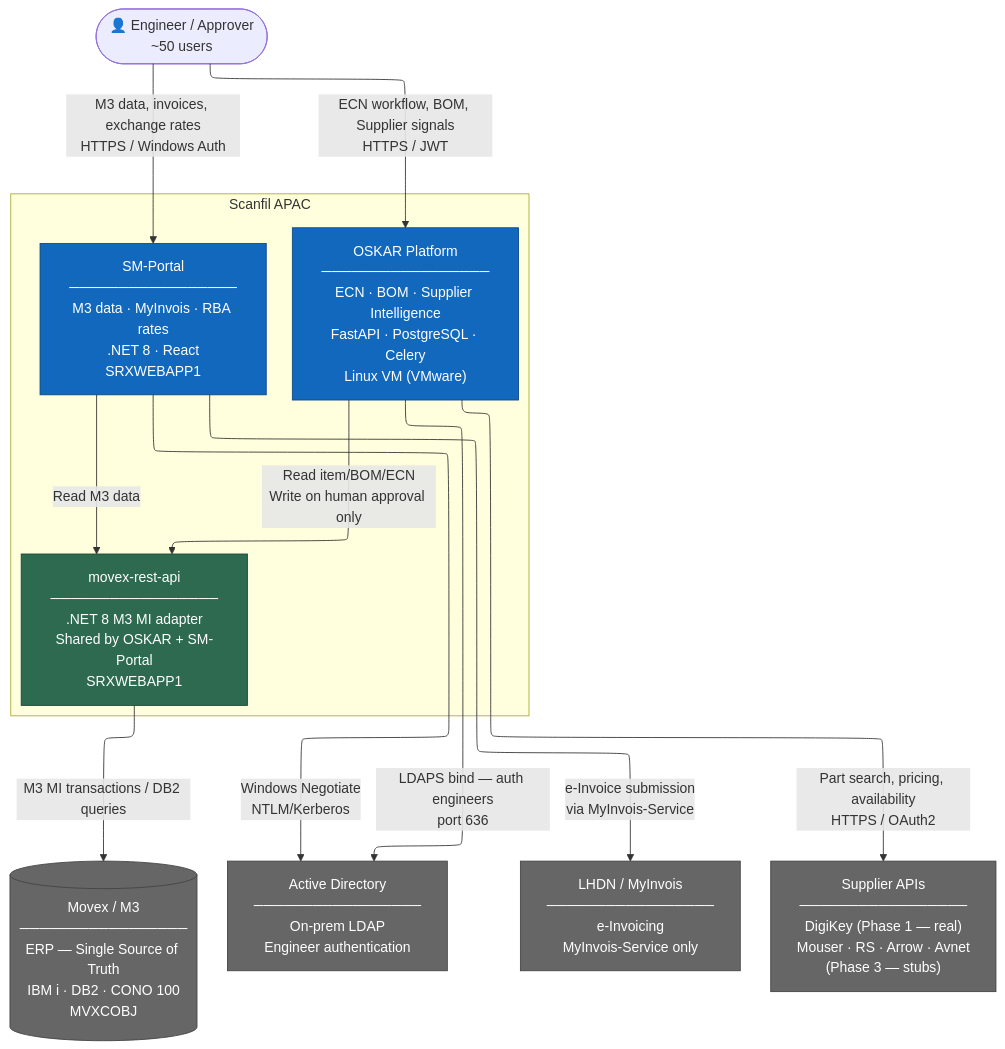
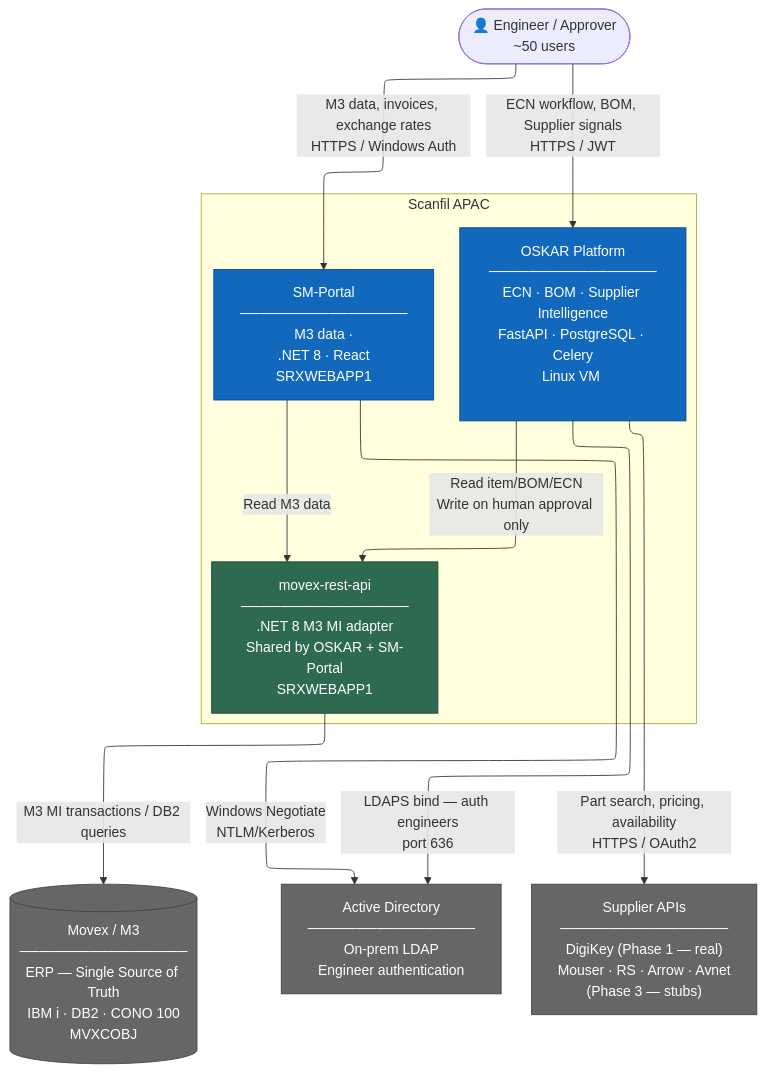
The first of 12 diagrams in ai/memory/03-oskar-architecture.md (hsalazar-srx/Oskar), drawn with Mermaid before and after one commit. The commit also changed other lines of this file and 66 other files, not shown here.

````diff
--- a/ai/memory/03-oskar-architecture.md
+++ b/ai/memory/03-oskar-architecture.md
@@ -27,39 +27,38 @@
 ```mermaid
 ---
 config:
   theme: light
   layout: elk
   look: classic
 ---
 graph TB
   classDef person    fill:#08427b,color:#fff,stroke:#052e56
   classDef system    fill:#1168bd,color:#fff,stroke:#0b4884
   classDef external  fill:#666,color:#fff,stroke:#444
   classDef shared    fill:#2d6a4f,color:#fff,stroke:#1b4332
 
   E(["👤 Engineer / Approver<br/>~50 users"])
 
   subgraph Scanfil_APAC["Scanfil APAC"]
-    OSKAR["OSKAR Platform<br/>─────────────────<br/>ECN · BOM · Supplier Intelligence<br/>FastAPI · PostgreSQL · Celery<br/>Linux VM (VMware)"]:::system
-    SMP["SM-Portal<br/>─────────────────<br/>M3 data · MyInvois · RBA rates<br/>.NET 8 · React<br/>SRXWEBAPP1"]:::system
+    OSKAR["OSKAR Platform<br/>─────────────────<br/>ECN · BOM · Supplier Intelligence<br/>FastAPI · PostgreSQL · Celery<br/>Linux VM <br/>"]:::system
+    OSKAR["OSKAR Platform<br/>─────────────────<br/>ECN · BOM · Supplier Intelligence<br/>FastAPI · PostgreSQL · Celery<br/>Linux VM <br/><br/>"]:::system
+    SMP["SM-Portal<br/>─────────────────<br/>M3 data · <br/>.NET 8 · React<br/>SRXWEBAPP1"]:::system
     MAPI["movex-rest-api<br/>─────────────────<br/>.NET 8 M3 MI adapter<br/>Shared by OSKAR + SM-Portal<br/>SRXWEBAPP1"]:::shared
   end
 
   MOVEX[("Movex / M3<br/>─────────────────<br/>ERP — Single Source of Truth<br/>IBM i · DB2 · CONO 100<br/>MVXCOBJ")]:::external
   AD["Active Directory<br/>─────────────────<br/>On-prem LDAP<br/>Engineer authentication"]:::external
-  LHDN["LHDN / MyInvois<br/>─────────────────<br/>e-Invoicing<br/>MyInvois-Service only"]:::external
   SUPPLIERS["Supplier APIs<br/>─────────────────<br/>DigiKey (Phase 1 — real)<br/>Mouser · RS · Arrow · Avnet<br/>(Phase 3 — stubs)"]:::external
 
   E -->|"ECN workflow, BOM, Supplier signals<br/>HTTPS / JWT"| OSKAR
   E -->|"M3 data, invoices, exchange rates<br/>HTTPS / Windows Auth"| SMP
 
   OSKAR -->|"Read item/BOM/ECN<br/>Write on human approval only"| MAPI
   SMP   -->|"Read M3 data"| MAPI
   MAPI  -->|"M3 MI transactions / DB2 queries"| MOVEX
 
   OSKAR -->|"LDAPS bind — auth engineers<br/>port 636"| AD
   SMP   -->|"Windows Negotiate<br/>NTLM/Kerberos"| AD
 
   OSKAR -->|"Part search, pricing, availability<br/>HTTPS / OAuth2"| SUPPLIERS
-  SMP   -->|"e-Invoice submission<br/>via MyInvois-Service"| LHDN
 ```
````
